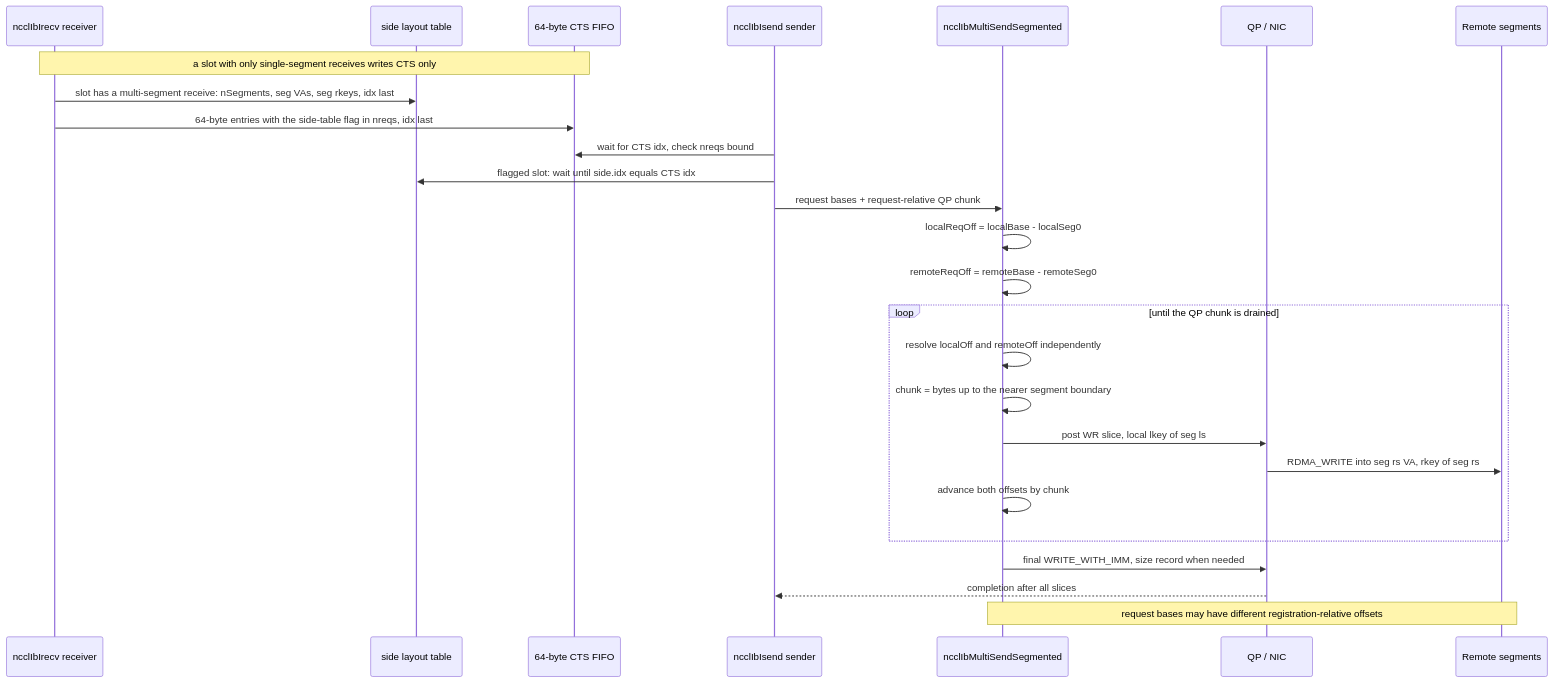
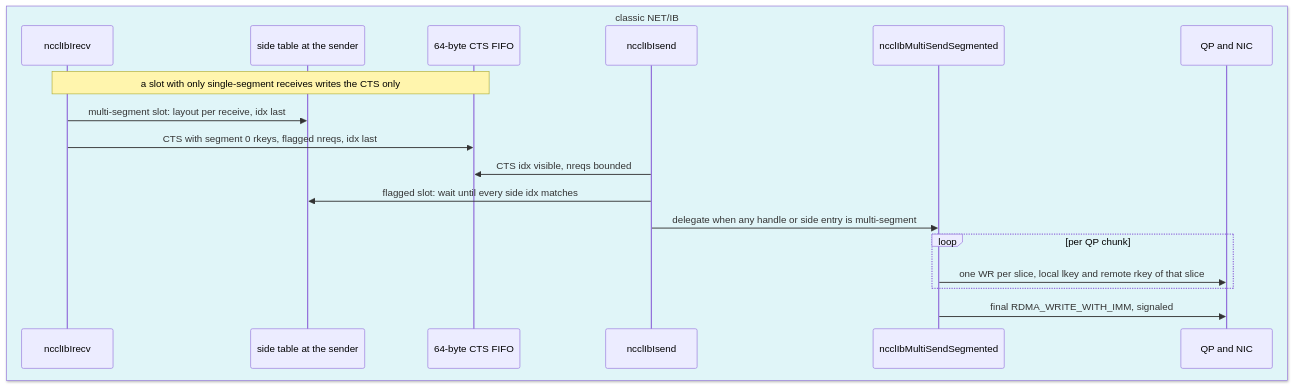
The first of 3 diagrams in projects/rccl/docs/design/multi_segment_netib_wire.md (ROCm/rocm-systems), drawn with Mermaid before and after one commit. The commit also changed other lines of this file and 18 other files, not shown here.

First line of the commit message:
docs: reorganize the multi-segment design notes and add a code map

````diff
--- a/projects/rccl/docs/design/multi_segment_netib_wire.md
+++ b/projects/rccl/docs/design/multi_segment_netib_wire.md
@@ -632,28 +9,21 @@
 ```mermaid
 sequenceDiagram
-  participant Rc as ncclIbIrecv receiver
-  participant Side as side layout table
-  participant F as 64-byte CTS FIFO
-  participant Sn as ncclIbIsend sender
-  participant M as ncclIbMultiSendSegmented
-  participant Q as QP / NIC
-  participant Rem as Remote segments
-  Note over Rc,F: a slot with only single-segment receives writes CTS only
-  Rc->>Side: slot has a multi-segment receive: nSegments, seg VAs, seg rkeys, idx last
-  Rc->>F: 64-byte entries with the side-table flag in nreqs, idx last
-  Sn->>F: wait for CTS idx, check nreqs bound
-  Sn->>Side: flagged slot: wait until side.idx equals CTS idx
-  Sn->>M: request bases + request-relative QP chunk
-  M->>M: localReqOff = localBase - localSeg0
-  M->>M: remoteReqOff = remoteBase - remoteSeg0
-  loop until the QP chunk is drained
-    M->>M: resolve localOff and remoteOff independently
-    M->>M: chunk = bytes up to the nearer segment boundary
-    M->>Q: post WR slice, local lkey of seg ls
-    Q->>Rem: RDMA_WRITE into seg rs VA, rkey of seg rs
-    M->>M: advance both offsets by chunk
-  end
-  M->>Q: final WRITE_WITH_IMM, size record when needed
-  Q-->>Sn: completion after all slices
-  Note over M,Rem: request bases may have different registration-relative offsets
+ box rgb(224,245,248) classic NET/IB
+ participant Rc as ncclIbIrecv
+ participant Side as side table at the sender
+ participant F as 64-byte CTS FIFO
+ participant Sn as ncclIbIsend
+ participant Sg as ncclIbMultiSendSegmented
+ participant Q as QP and NIC
+ end
+ Note over Rc,F: a slot with only single-segment receives writes the CTS only
+ Rc->>Side: multi-segment slot: layout per receive, idx last
+ Rc->>F: CTS with segment 0 rkeys, flagged nreqs, idx last
+ Sn->>F: CTS idx visible, nreqs bounded
+ Sn->>Side: flagged slot: wait until every side idx matches
+ Sn->>Sg: delegate when any handle or side entry is multi-segment
+ loop per QP chunk
+ Sg->>Q: one WR per slice, local lkey and remote rkey of that slice
+ end
+ Sg->>Q: final RDMA_WRITE_WITH_IMM, signaled
 ```
````
